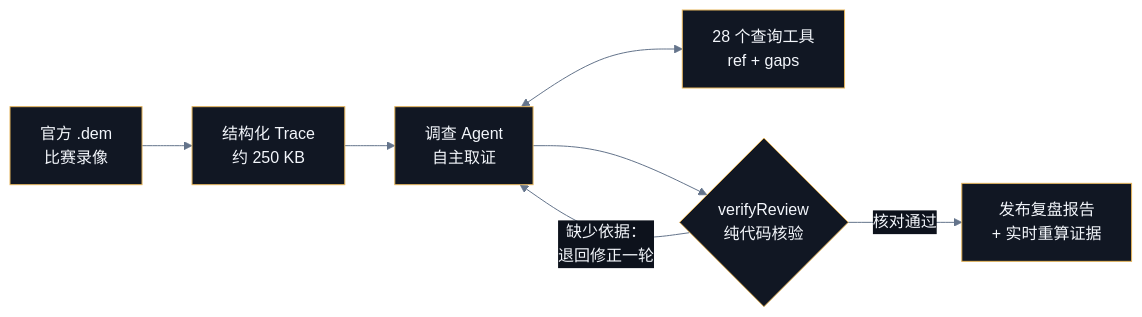
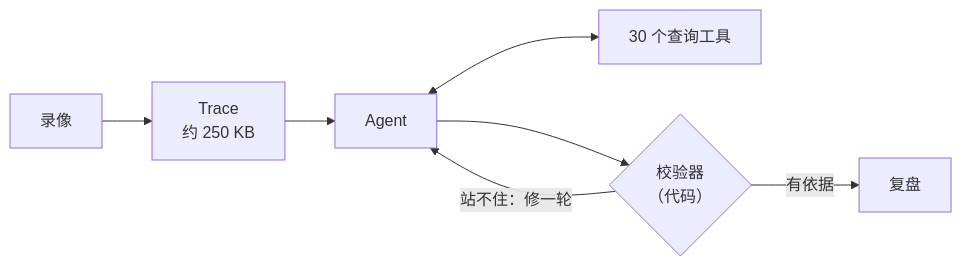
One commit to qianhaoq/dota2.ai changed the diagram in README.zh-CN.md. Above: the diagram before and after it, drawn with Mermaid. The commit also changed other lines of this file and 2 other files, not shown here.

````diff
--- a/README.zh-CN.md
+++ b/README.zh-CN.md
@@ -169,10 +101,9 @@
 ```mermaid
-%%{init: {'theme': 'base', 'themeVariables': {'primaryColor': '#111723', 'primaryTextColor': '#f3f6fb', 'primaryBorderColor': '#e5b55c', 'lineColor': '#64748b', 'secondaryColor': '#0d121c', 'tertiaryColor': '#090d14'}}}%%
 flowchart LR
-    R["官方 .dem<br/>比赛录像"] --> T["结构化 Trace<br/>约 250 KB"]
-    T --> A["调查 Agent<br/>自主取证"]
-    A <--> L["28 个查询工具<br/>ref + gaps"]
-    A --> V{"verifyReview<br/>纯代码核验"}
-    V -- "缺少依据：<br/>退回修正一轮" --> A
-    V -- "核对通过" --> D["发布复盘报告<br/>+ 实时重算证据"]
+    R["录像"] --> T["Trace<br/>约 250 KB"]
+    T --> A["Agent"]
+    A <--> L["30 个查询工具"]
+    A --> V{"校验器<br/>（代码）"}
+    V -- "站不住：修一轮" --> A
+    V -- "有依据" --> D["复盘"]
 ```
````
